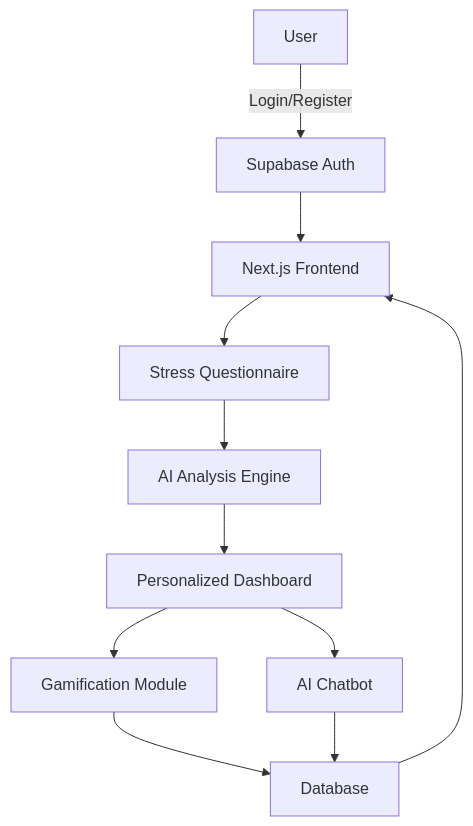
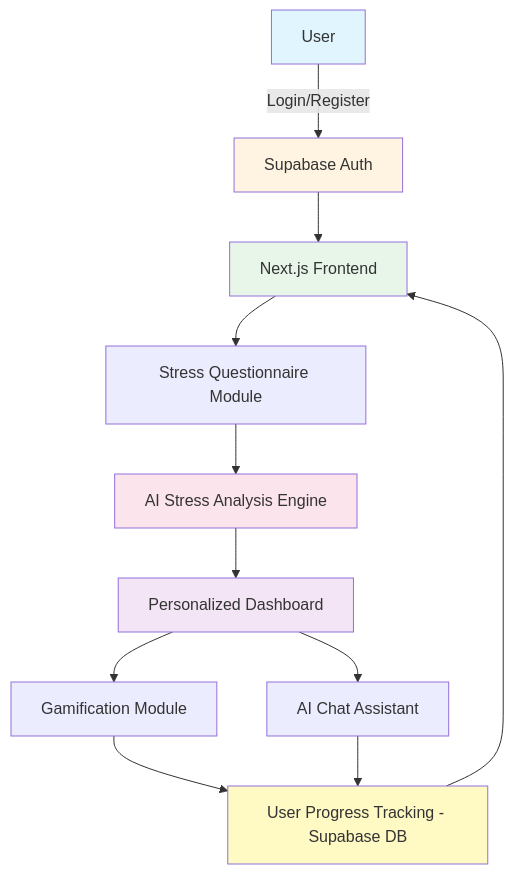
Before and after one commit to Hardik-369/AI-Stree-Reducer-Document: the first of 5 diagrams in AI_Stress_Reducer_Report_Compact_Final.md, drawn with Mermaid. The commit also changed other lines of this file, not shown here.

````diff
--- a/AI_Stress_Reducer_Report_Compact_Final.md
+++ b/AI_Stress_Reducer_Report_Compact_Final.md
@@ -40,13 +40,20 @@
 ```mermaid
 flowchart TD
     A[User] -->|Login/Register| B[Supabase Auth]
     B --> C[Next.js Frontend]
-    C --> D[Stress Questionnaire]
-    D --> E[AI Analysis Engine]
+    C --> D[Stress Questionnaire Module]
+    D --> E[AI Stress Analysis Engine]
     E --> F[Personalized Dashboard]
     F --> G[Gamification Module]
-    F --> H[AI Chatbot]
-    G --> I[Database]
+    F --> H[AI Chat Assistant]
+    G --> I[User Progress Tracking - Supabase DB]
     H --> I
     I --> C
+    
+    style A fill:#e1f5ff
+    style B fill:#fff4e1
+    style C fill:#e8f5e9
+    style E fill:#fce4ec
+    style F fill:#f3e5f5
+    style I fill:#fff9c4
 ```
````
